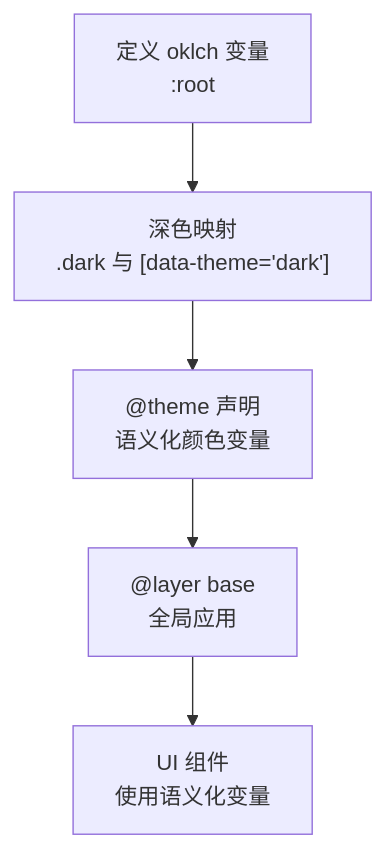
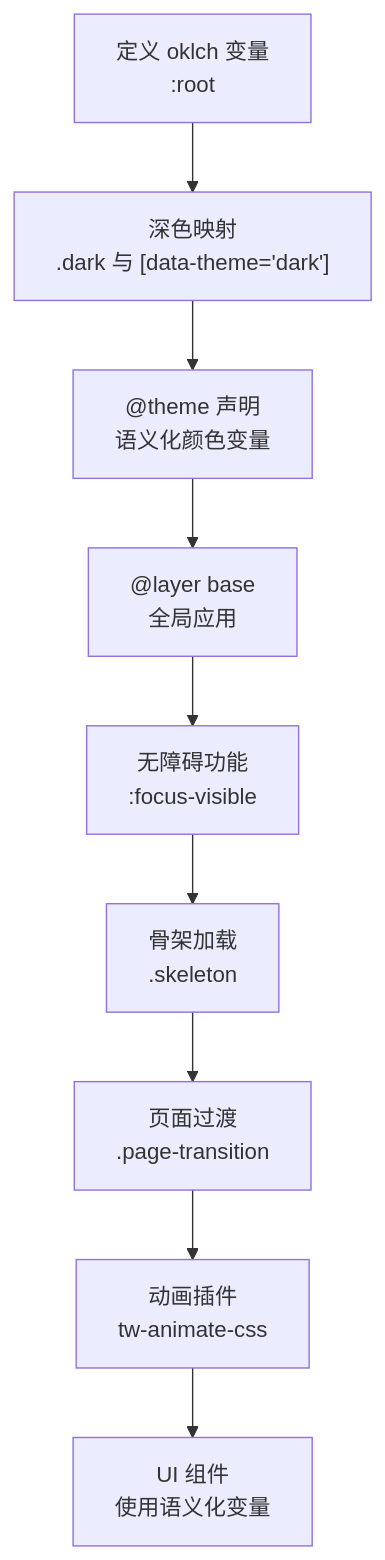
The fourth of 6 diagrams in .qoder/repowiki/zh/content/前端组件架构/主题系统.md (RadiumAg/image-saas), drawn with Mermaid before and after one commit. The commit also changed other lines of this file and 9 other files, not shown here.

````diff
--- a/.qoder/repowiki/zh/content/前端组件架构/主题系统.md
+++ b/.qoder/repowiki/zh/content/前端组件架构/主题系统.md
@@ -166,7 +198,11 @@
 ```mermaid
 flowchart TD
 DefineVars["定义 oklch 变量<br/>:root"] --> DarkMap["深色映射<br/>.dark 与 [data-theme='dark']"]
 DarkMap --> ThemeDecl["@theme 声明<br/>语义化颜色变量"]
 ThemeDecl --> BaseLayer["@layer base<br/>全局应用"]
-BaseLayer --> Components["UI 组件<br/>使用语义化变量"]
+BaseLayer --> Accessibility["无障碍功能<br/>:focus-visible"]
+Accessibility --> Skeleton["骨架加载<br/>.skeleton"]
+Skeleton --> Transitions["页面过渡<br/>.page-transition"]
+Transitions --> AnimationPlugin["动画插件<br/>tw-animate-css"]
+AnimationPlugin --> Components["UI 组件<br/>使用语义化变量"]
 ```
````
